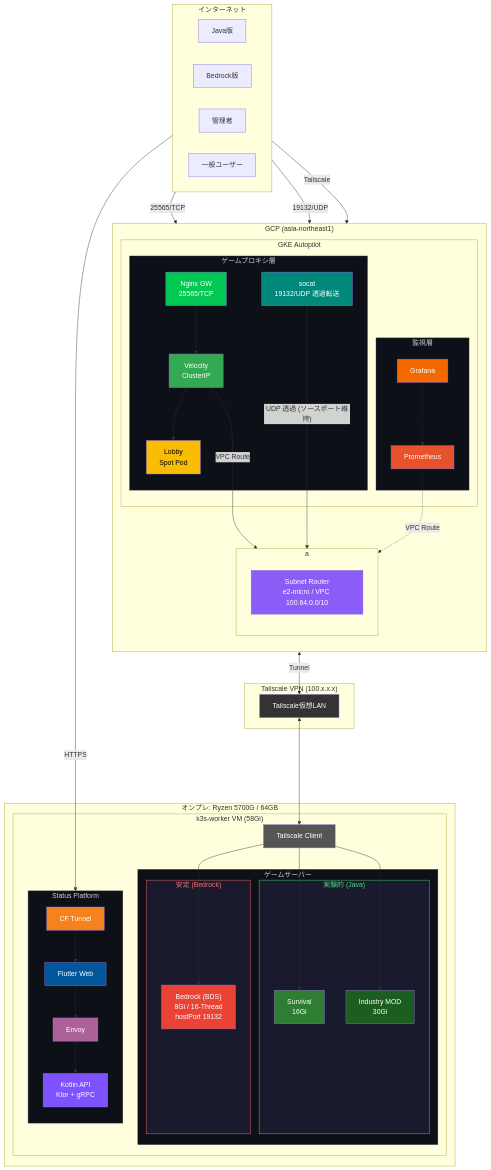
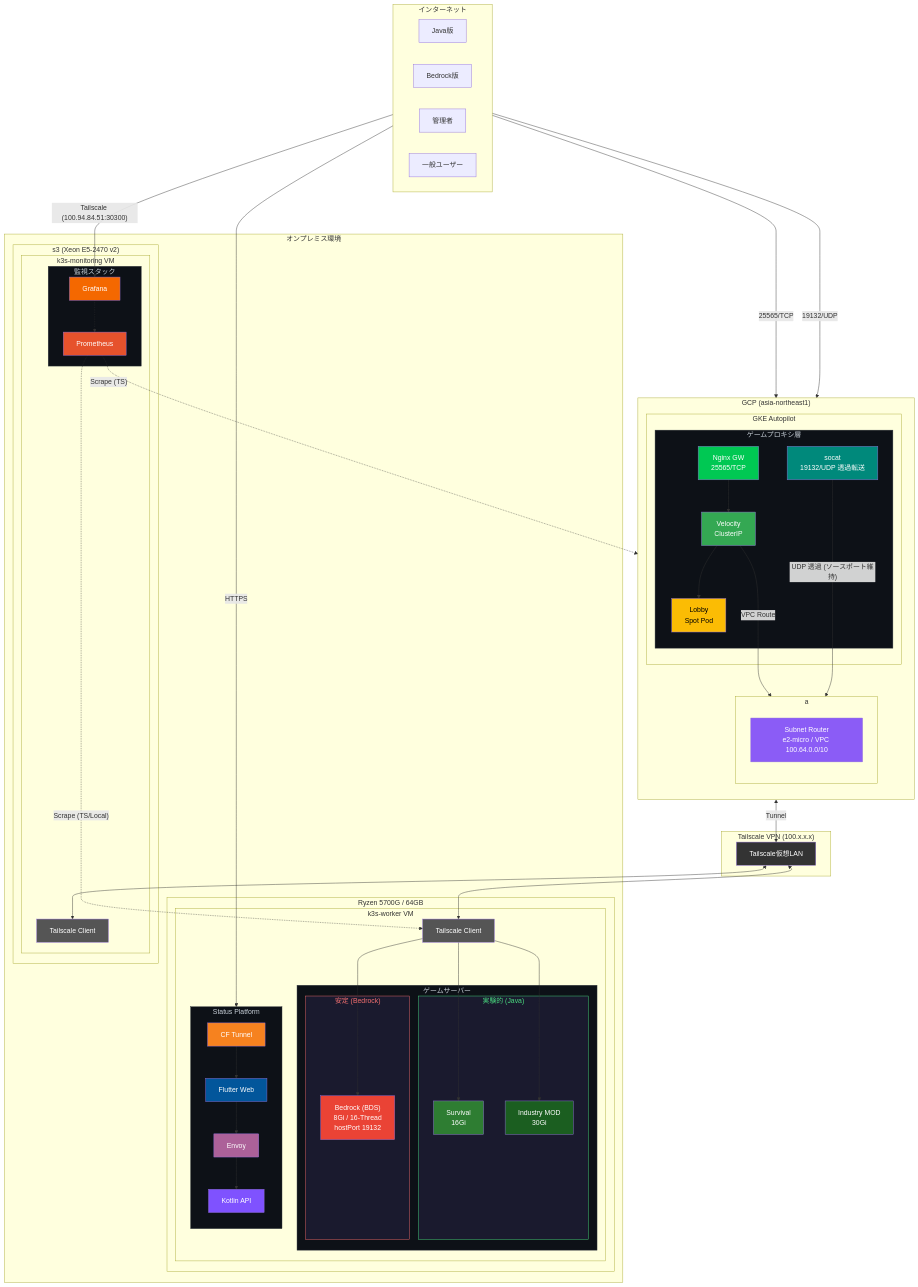
Before and after one commit to Tagomori0211/Minecraft-on-Kubenates: the diagram in Documents/architecture/infrastructure.mermaid, drawn with Mermaid.

Commit message:
docs(mermaid): Update infrastructure diagram with relocated monitoring stack
- Move Prometheus/Grafana from GKE to on-premise Machine2 (s3)
- Add k3s-monitoring VM and Tailscale connectivity for monitoring node
- Update scrape and admin access paths to reflect new NodePort/TS IPs

```diff
--- a/Documents/architecture/infrastructure.mermaid
+++ b/Documents/architecture/infrastructure.mermaid
@@ -1,112 +1,119 @@
 flowchart TB
     subgraph Internet["インターネット"]
         direction LR
         Player_Java["Java版"]
         Player_Bedrock["Bedrock版"]
         Admin["管理者"]
         User["一般ユーザー"]
     end
 
     subgraph GCP["GCP (asia-northeast1)"]
         direction TB
         
         subgraph GKE["GKE Autopilot"]
-            subgraph MonPods["監視層"]
-                Prometheus["Prometheus"]
-                Grafana["Grafana"]
-            end
             subgraph GamePods["ゲームプロキシ層"]
                 GW["Nginx GW<br/>25565/TCP"]
                 Socat["socat<br/>19132/UDP 透過転送"]
                 Velocity["Velocity<br/>ClusterIP"]
                 Lobby["Lobby<br/>Spot Pod"]
             end
-            
         end
         subgraph transform01["a"]
         direction TB
             SubnetRouter["Subnet Router<br/>e2-micro / VPC 100.64.0.0/10"]
         end
     end
 
     subgraph TS["Tailscale VPN (100.x.x.x)"]
         TS_Net["Tailscale仮想LAN"]
     end
 
-    subgraph Onprem["オンプレ: Ryzen 5700G / 64GB"]
-        subgraph Worker["k3s-worker VM (58Gi)"]
-            TS_K3s["Tailscale Client"]
-            subgraph GameServers["ゲームサーバー"]
-                subgraph Experimental["実験的 (Java)"]
-                    Java_Survival["Survival<br/>16Gi"]
-                    Java_Industry["Industry MOD<br/>30Gi"]
+    subgraph Onprem["オンプレミス環境"]
+        subgraph Machine1["Ryzen 5700G / 64GB"]
+            subgraph Worker["k3s-worker VM"]
+                TS_K3s["Tailscale Client"]
+                subgraph GameServers["ゲームサーバー"]
+                    subgraph Experimental["実験的 (Java)"]
+                        Java_Survival["Survival<br/>16Gi"]
+                        Java_Industry["Industry MOD<br/>30Gi"]
+                    end
+                    subgraph Conservative["安定 (Bedrock)"]
+                        Bedrock["Bedrock (BDS)<br/>8Gi / 16-Thread<br/>hostPort 19132"]
+                    end
                 end
-                subgraph Conservative["安定 (Bedrock)"]
-                    Bedrock["Bedrock (BDS)<br/>8Gi / 16-Thread<br/>hostPort 19132"]
+                subgraph SP["Status Platform"]
+                    direction TB
+                    CF_Tunnel["CF Tunnel"]
+                    Flutter["Flutter Web"]
+                    Envoy["Envoy"]
+                    Kotlin["Kotlin API"]
                 end
             end
-            subgraph SP["Status Platform"]
-                direction TB
-                CF_Tunnel["CF Tunnel"]
-                Flutter["Flutter Web"]
-                Envoy["Envoy"]
-                Kotlin["Kotlin API<br/>Ktor + gRPC"]
+        end
+
+        subgraph Machine2["s3 (Xeon E5-2470 v2)"]
+            subgraph MonNode["k3s-monitoring VM"]
+                TS_Mon["Tailscale Client"]
+                subgraph MonPods["監視スタック"]
+                    Prometheus["Prometheus"]
+                    Grafana["Grafana"]
+                end
             end
         end
-        
     end
 
     %% === ゲームトラフィック ===
     Player_Java -->|"25565/TCP"| GW
     Player_Bedrock -->|"19132/UDP"| Socat
     GW --> Velocity
     Velocity --> Lobby
 
     %% === GKE → Tailscale → オンプレ ===
     Velocity --->|"VPC Route"| SubnetRouter
     Socat ---->|"UDP 透過 (ソースポート維持)"| SubnetRouter
     TS_Net <--> TS_K3s
+    TS_Net <--> TS_Mon
+    
     TS_K3s --> Java_Survival
     TS_K3s --> Java_Industry
     TS_K3s --> Bedrock
     
     SubnetRouter <-->|"Tunnel"| TS_Net
+
     %% === Status Platform ===
     User ------->|"HTTPS"| CF_Tunnel
-    direction TB
     CF_Tunnel --> Flutter
     Flutter --> Envoy
     Envoy --> Kotlin
 
-    
-
     %% === 管理者・監視 ===
-    Admin -->|"Tailscale"| Grafana
+    Admin -->|"Tailscale (100.94.84.51:30300)"| Grafana
     Grafana -.-> Prometheus
-    Prometheus -.->|"VPC Route"| SubnetRouter
-
-    
+    Prometheus -.->|"Scrape (TS/Local)"| TS_K3s
+    Prometheus -.->|"Scrape (TS)"| SubnetRouter
 
     %% === スタイル ===
     style GW fill:#00C853,color:#fff
     style Socat fill:#00897B,color:#fff
     style Velocity fill:#34a853,color:#fff
     style Lobby fill:#fbbc04,color:#000
-    style Prometheus fill:#e6522c,color:#fff
-    style Grafana fill:#f46800,color:#fff
     style SubnetRouter fill:#8B5CF6,color:#fff
     style TS_Net fill:#333,color:#fff
     style TS_K3s fill:#555,color:#fff
+    style TS_Mon fill:#555,color:#fff
+    style Prometheus fill:#e6522c,color:#fff
+    style Grafana fill:#f46800,color:#fff
     style Java_Survival fill:#2E7D32,color:#fff
     style Java_Industry fill:#1B5E20,color:#fff
     style Bedrock fill:#ea4335,color:#fff
     style CF_Tunnel fill:#F6821F,color:#fff
     style Flutter fill:#02569B,color:#fff
     style Envoy fill:#AC6199,color:#fff
     style Kotlin fill:#7F52FF,color:#fff
+    
     style GamePods fill:#0d1117,color:#c9d1d9,stroke:#30363d
+    style GameServers fill:#0d1117,color:#c9d1d9,stroke:#30363d
     style MonPods fill:#0d1117,color:#c9d1d9,stroke:#30363d
-    style GameServers fill:#0d1117,color:#c9d1d9,stroke:#30363d
     style Experimental fill:#1a1a2e,color:#4ade80,stroke:#4ade80
     style Conservative fill:#1a1a2e,color:#f87171,stroke:#f87171
     style SP fill:#0d1117,color:#c9d1d9,stroke:#30363d
```
